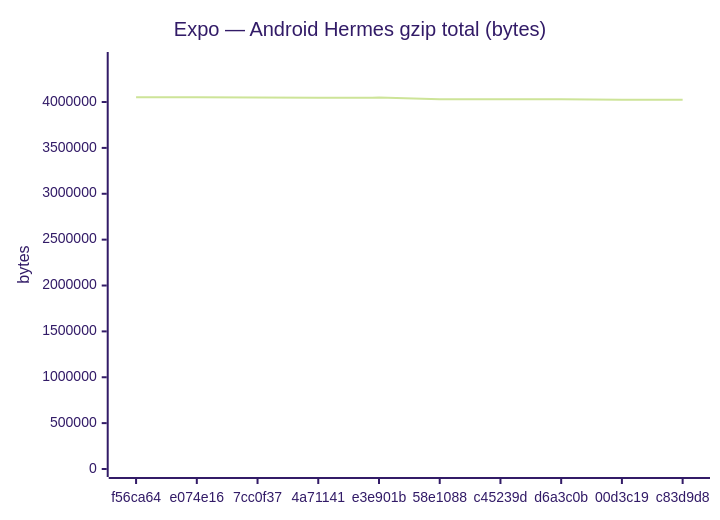
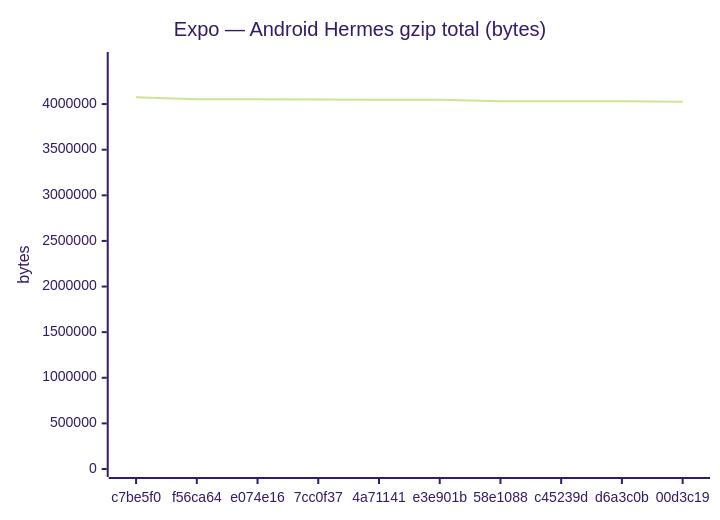
Before and after one commit to Metaheurist/Rianell: the fifth of 18 diagrams in benchmarks/compare.md, drawn with Mermaid (forest theme). The commit also changed other lines of this file and 11 other files, not shown here.

````diff
--- a/benchmarks/compare.md
+++ b/benchmarks/compare.md
@@ -89,7 +89,7 @@
 ```mermaid
 xychart-beta
     title "Expo — Android Hermes gzip total (bytes)"
-    x-axis ["f56ca64", "e074e16", "7cc0f37", "4a71141", "e3e901b", "58e1088", "c45239d", "d6a3c0b", "00d3c19", "c83d9d8"]
-    y-axis "bytes" 0 --> 4458104
-    line [4052821, 4052813, 4049448, 4046554, 4048091, 4030638, 4030634, 4030639, 4025609, 4026084]
+    x-axis ["c7be5f0", "f56ca64", "e074e16", "7cc0f37", "4a71141", "e3e901b", "58e1088", "c45239d", "d6a3c0b", "00d3c19"]
+    y-axis "bytes" 0 --> 4483141
+    line [4075582, 4052821, 4052813, 4049448, 4046554, 4048091, 4030638, 4030634, 4030639, 4025609]
 ```
````
